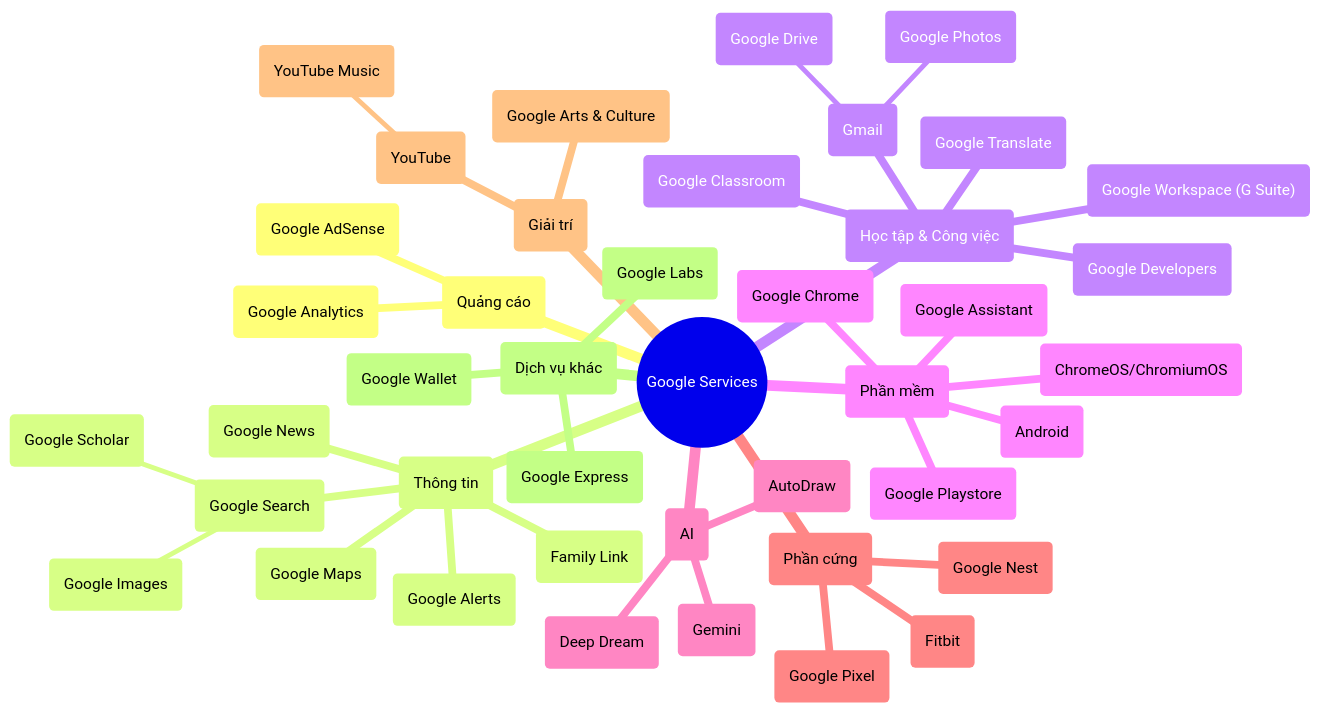
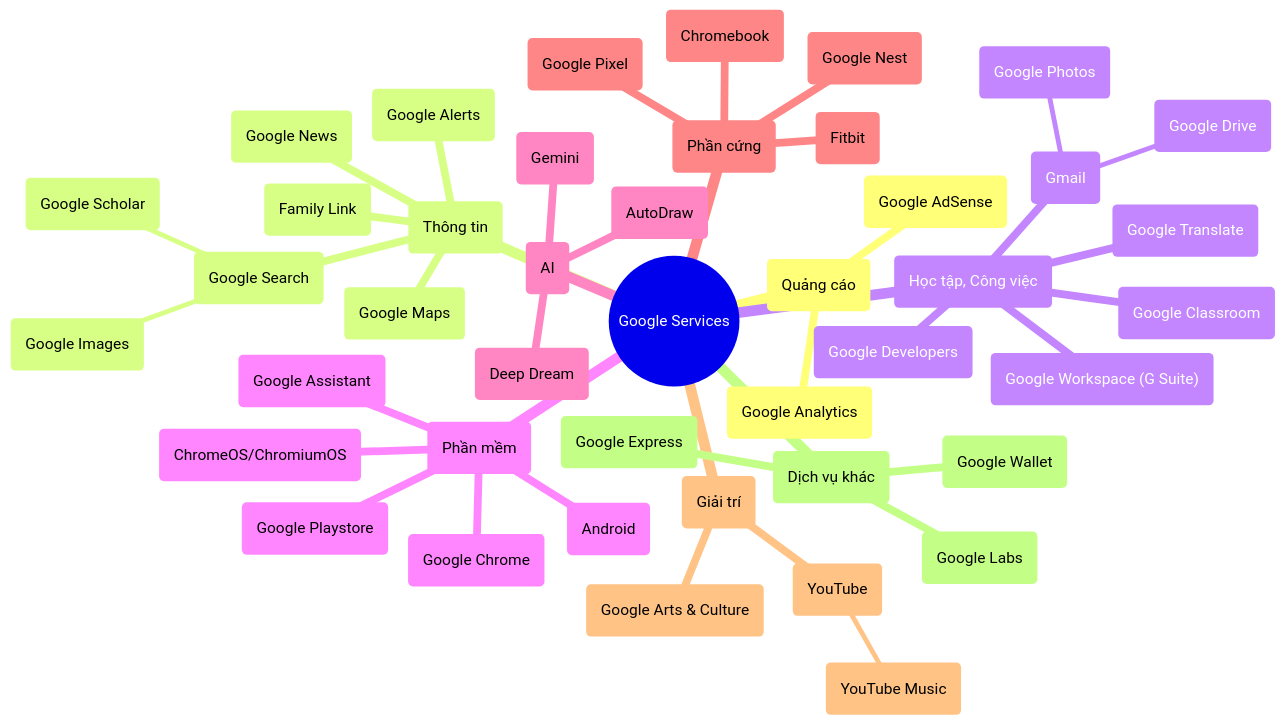
Diagram 17 of 26 in src/site/notes/Studies/University/Year 1/T2/EM1180 - Business Culture and Entrepreneurship/Project/Summary - slides.md (FairyHmm/notes), drawn with Mermaid before and after one commit. The commit also changed other lines of this file, not shown here.

````diff
--- a/src/site/notes/Studies/University/Year 1/T2/EM1180 - Business Culture and Entrepreneurship/Project/Summary - slides.md
+++ b/src/site/notes/Studies/University/Year 1/T2/EM1180 - Business Culture and Entrepreneurship/Project/Summary - slides.md
@@ -860,45 +860,46 @@
 ```mermaid
 mindmap
 	root((Google Services))
 		(Quảng cáo)
 			(Google Analytics)
 			(Google AdSense)
 		(Thông tin)
 			(Google Search)
 				(Google Images)
 				(Google Scholar)
 			(Google Maps)
 			(Google News)
 			(Google Alerts)
 			(Family Link)
-		(Học tập & Công việc)
+		(Học tập, Công việc)
 			(Gmail)
 				(Google Drive)
 				(Google Photos)
 			(Google Translate)
 			(Google Classroom)
 			("Google Workspace (G Suite)")
 			(Google Developers)
 		(Phần mềm)
 			(Google Chrome)
 			(Android)
 			(Google Playstore)
 			(Google Assistant)
 			(ChromeOS/ChromiumOS)
 		(AI)
 			(Gemini)
 			(AutoDraw)
 			(Deep Dream)
 		(Phần cứng)
 			(Google Pixel)
+			(Chromebook)
 			(Google Nest)
 			(Fitbit)
 		(Giải trí)
 			(YouTube)
 				(YouTube Music)
 			(Google Arts & Culture)
 		(Dịch vụ khác)
 			(Google Wallet)
 			(Google Express)
 			(Google Labs)
 ```
````
